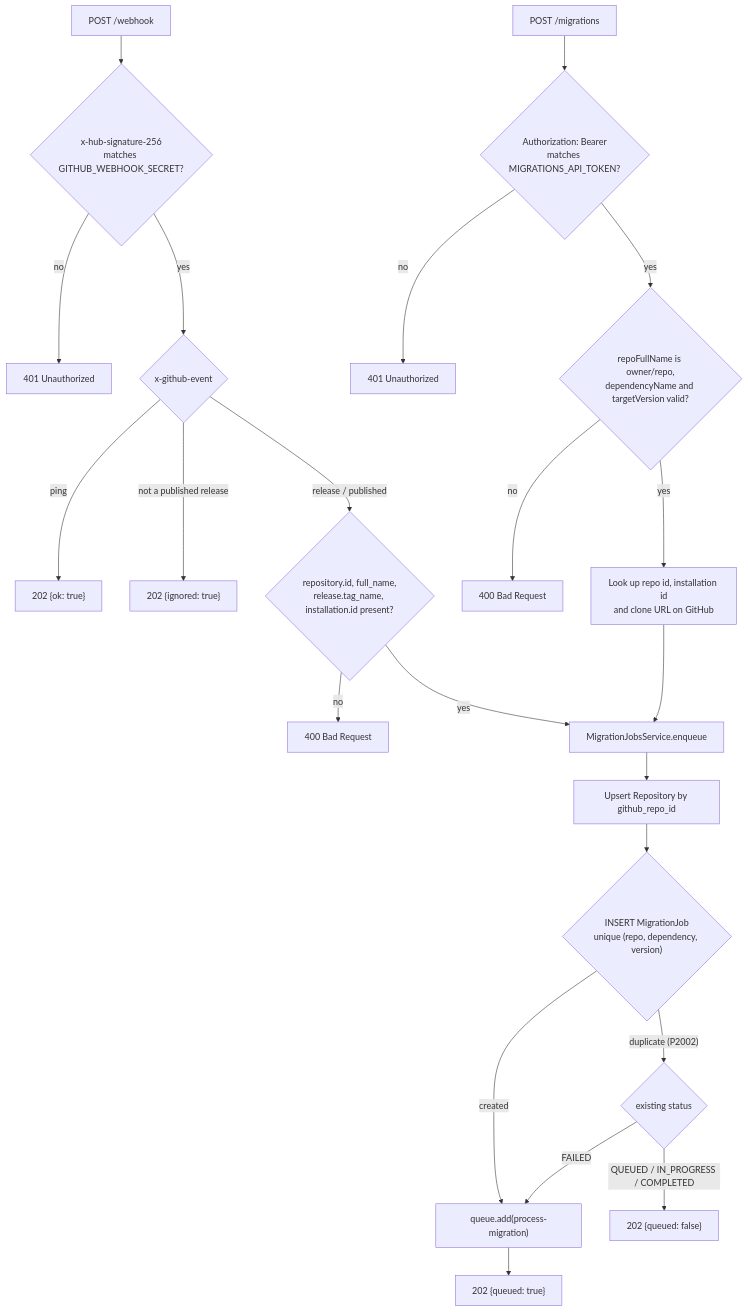
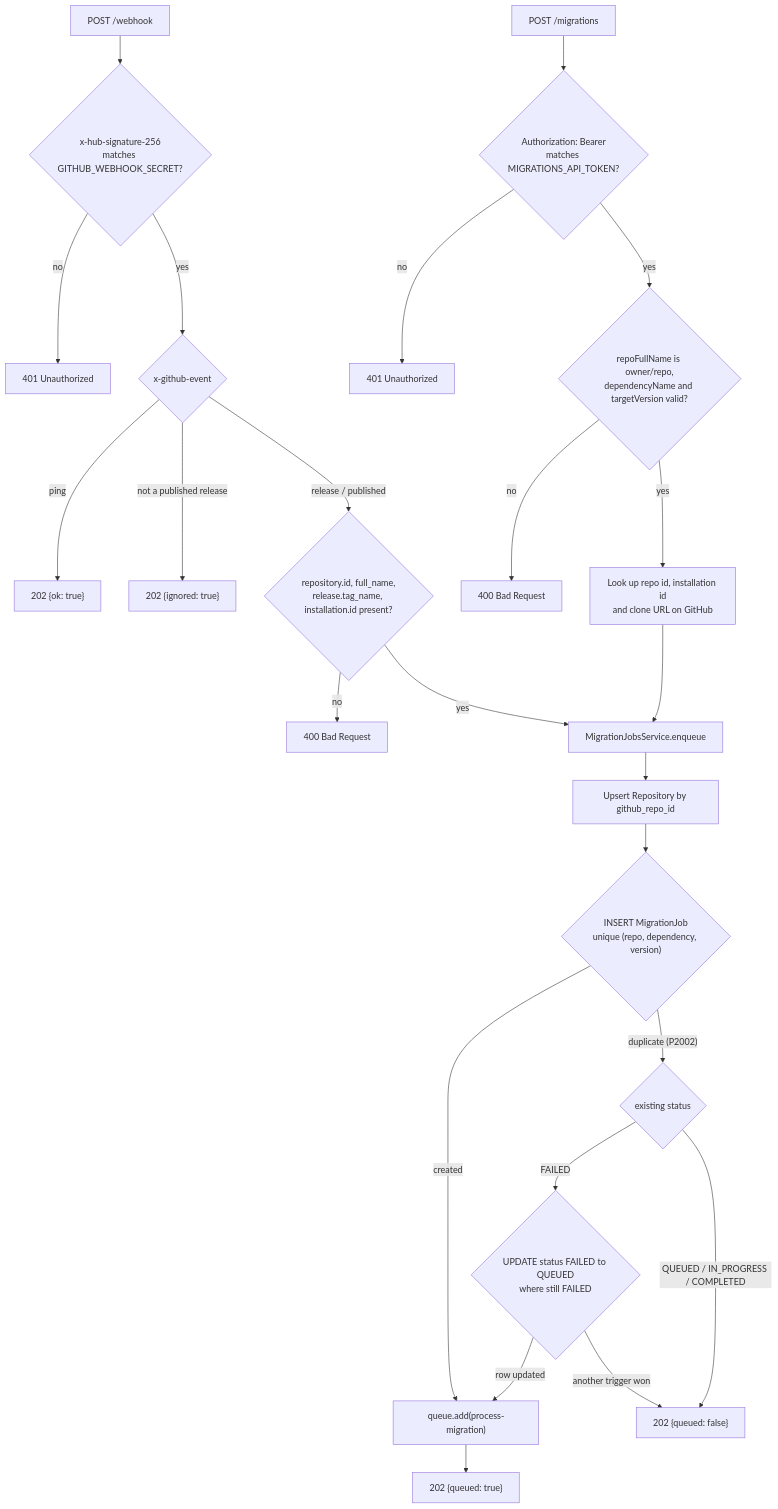
The third of 6 diagrams in README.md (kiet08hogit/SyncLab), drawn with Mermaid before and after one commit. The commit also changed other lines of this file, not shown here.

Commit message:
no-mistakes(document): Document QUEUED-while-retrying and atomic FAILED retry claim

````diff
--- a/README.md
+++ b/README.md
@@ -131,26 +131,28 @@
 ```mermaid
 flowchart TD
     A["POST /webhook"] --> B{"x-hub-signature-256<br/>matches GITHUB_WEBHOOK_SECRET?"}
     B -- no --> X1["401 Unauthorized"]
     B -- yes --> C{"x-github-event"}
     C -- ping --> OK1["202 {ok: true}"]
     C -- "not a published release" --> IGN["202 {ignored: true}"]
     C -- "release / published" --> D{"repository.id, full_name,<br/>release.tag_name, installation.id present?"}
     D -- no --> X2["400 Bad Request"]
     D -- yes --> E["MigrationJobsService.enqueue"]
 
     M["POST /migrations"] --> MB{"Authorization: Bearer<br/>matches MIGRATIONS_API_TOKEN?"}
     MB -- no --> X3["401 Unauthorized"]
     MB -- yes --> MV{"repoFullName is owner/repo,<br/>dependencyName and targetVersion valid?"}
     MV -- no --> X4["400 Bad Request"]
     MV -- yes --> ML["Look up repo id, installation id<br/>and clone URL on GitHub"]
     ML --> E
 
     E --> U["Upsert Repository by github_repo_id"]
     U --> J{"INSERT MigrationJob<br/>unique (repo, dependency, version)"}
     J -- created --> ENQ["queue.add(process-migration)"]
     J -- "duplicate (P2002)" --> S{"existing status"}
-    S -- FAILED --> ENQ
+    S -- FAILED --> R{"UPDATE status FAILED to QUEUED<br/>where still FAILED"}
+    R -- "row updated" --> ENQ
+    R -- "another trigger won" --> NQ
     S -- "QUEUED / IN_PROGRESS / COMPLETED" --> NQ["202 {queued: false}"]
     ENQ --> Q1["202 {queued: true}"]
 ```
````
